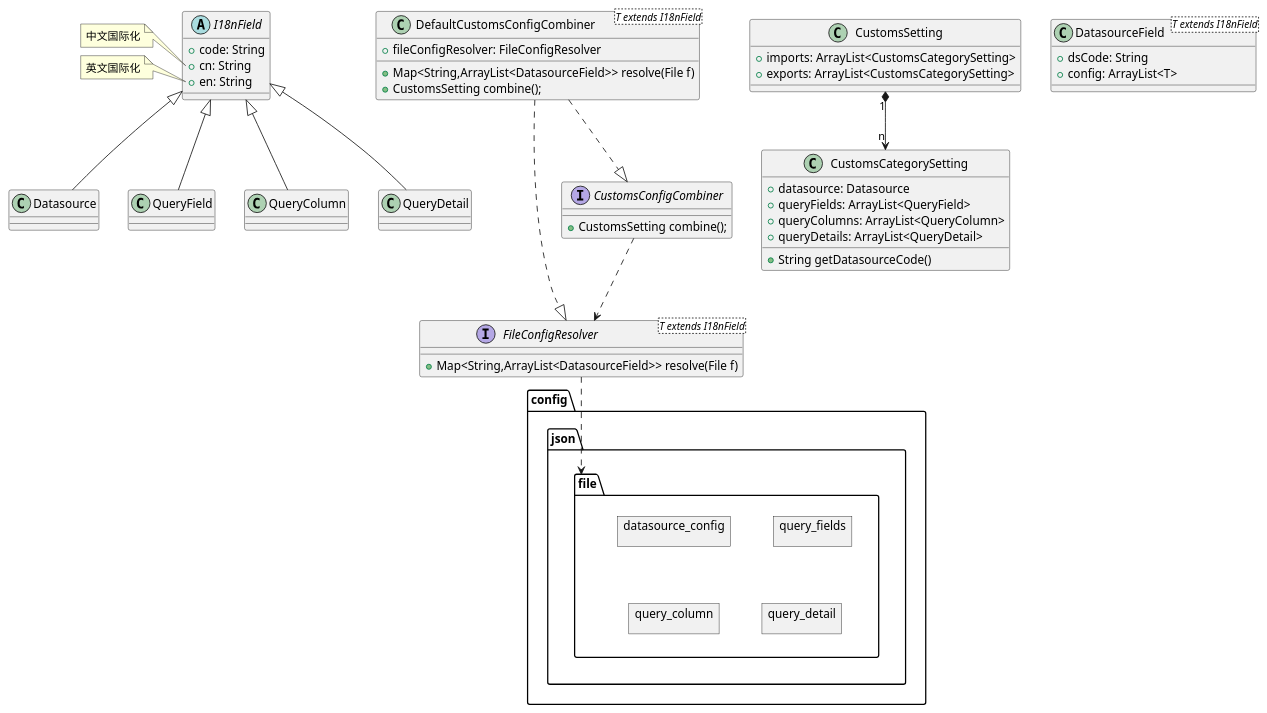
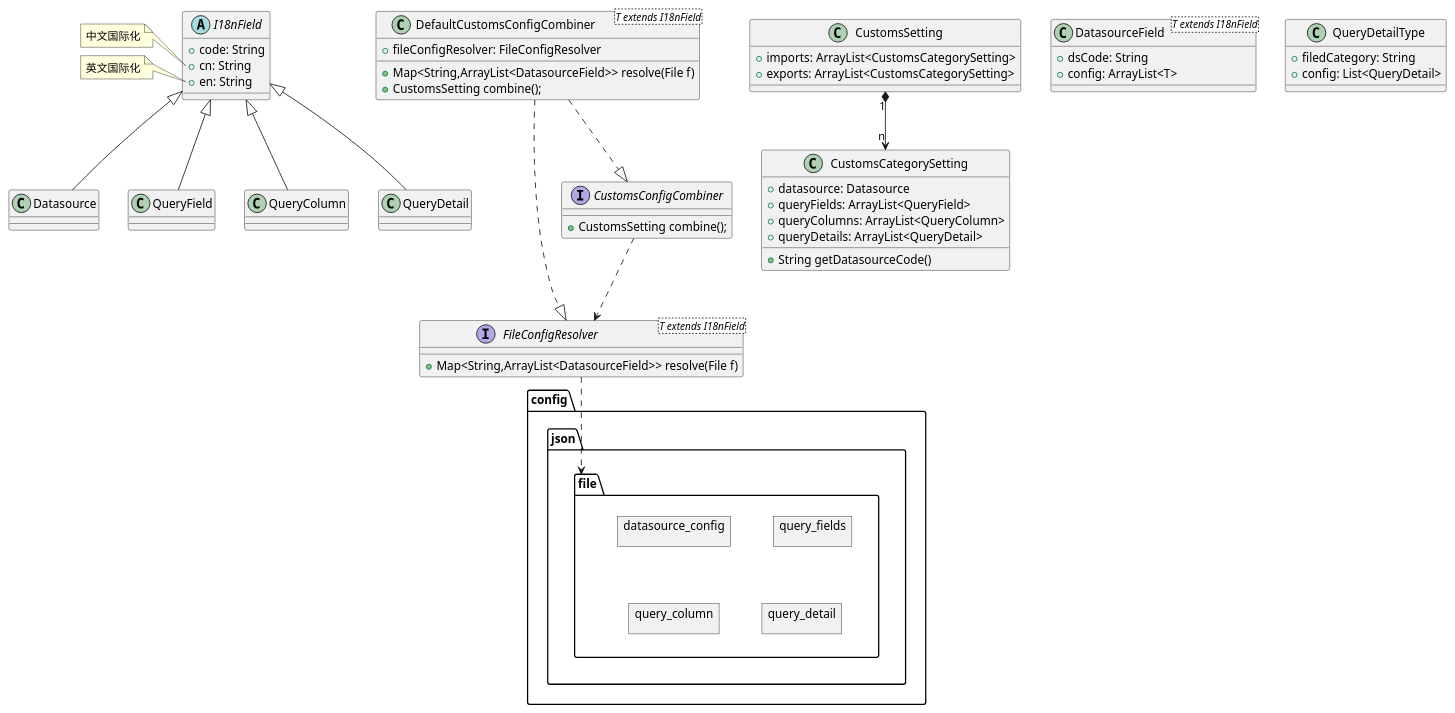
One commit to lwpk110/tendata-assets changed the diagram in plantuml/custom/sdk/configuration_class.puml. Above: the diagram before and after it, drawn with PlantUML. The commit also changed 4 other files, not shown here.

```diff
--- a/plantuml/custom/sdk/configuration_class.puml
+++ b/plantuml/custom/sdk/configuration_class.puml
@@ -1,65 +1,70 @@
 @startuml
 interface FileConfigResolver<T extends I18nField>{
     + Map<String,ArrayList<DatasourceField>> resolve(File f)
 }
 interface CustomsConfigCombiner{
     + CustomsSetting combine();
 }
 
 abstract class I18nField{
     + code: String
     + cn: String
     + en: String
 }
 note left of I18nField::cn
     中文国际化
 end note    
 note left of I18nField::en
     英文国际化
 end note
 
 class CustomsCategorySetting{
     + datasource: Datasource
     + queryFields: ArrayList<QueryField>
     + queryColumns: ArrayList<QueryColumn>
     + queryDetails: ArrayList<QueryDetail>
 
     + String getDatasourceCode()
 }
 class CustomsSetting{
     + imports: ArrayList<CustomsCategorySetting>
     + exports: ArrayList<CustomsCategorySetting>
 }
 class DatasourceField<T extends I18nField>{
     + dsCode: String
     + config: ArrayList<T>
 }
 class DefaultCustomsConfigCombiner<T extends I18nField>{
     + fileConfigResolver: FileConfigResolver 
 
     + Map<String,ArrayList<DatasourceField>> resolve(File f)
     + CustomsSetting combine();
 }
 
+class QueryDetailType{
+    + filedCategory: String
+    + config: List<QueryDetail>
+}
+
 
 package config.json.file {
     json datasource_config{
     }
     json query_fields{
     }
     json query_column{
     }
     json query_detail{
     }
 }
 I18nField <|-- Datasource
 I18nField <|-- QueryField
 I18nField <|-- QueryColumn
 I18nField <|-- QueryDetail
 FileConfigResolver ..> config.json.file 
 DefaultCustomsConfigCombiner ..|> FileConfigResolver
 DefaultCustomsConfigCombiner ..|> CustomsConfigCombiner
 CustomsConfigCombiner ..> FileConfigResolver
 CustomsSetting "1" *--> "n"  CustomsCategorySetting
 
 @enduml
```
